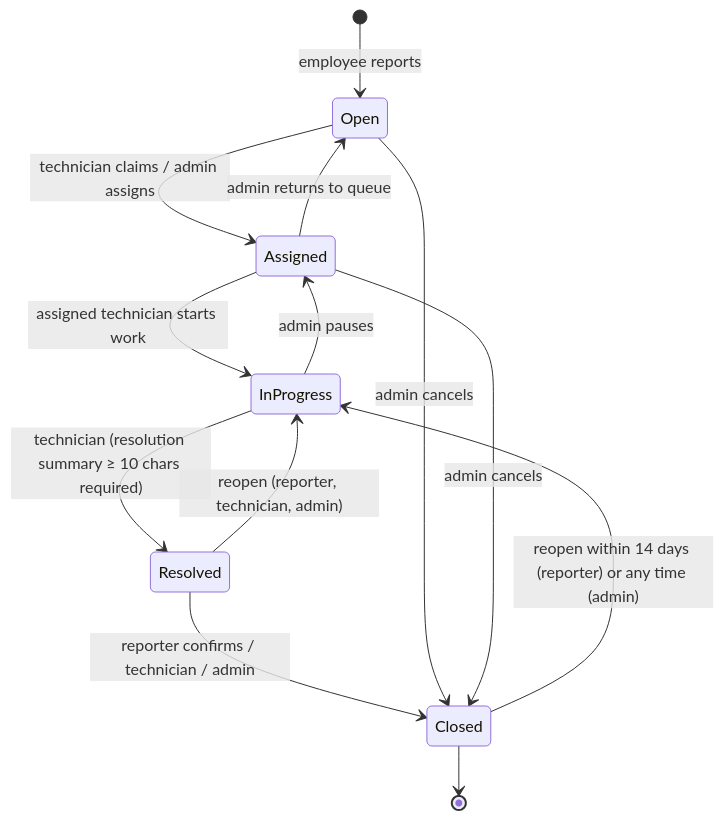
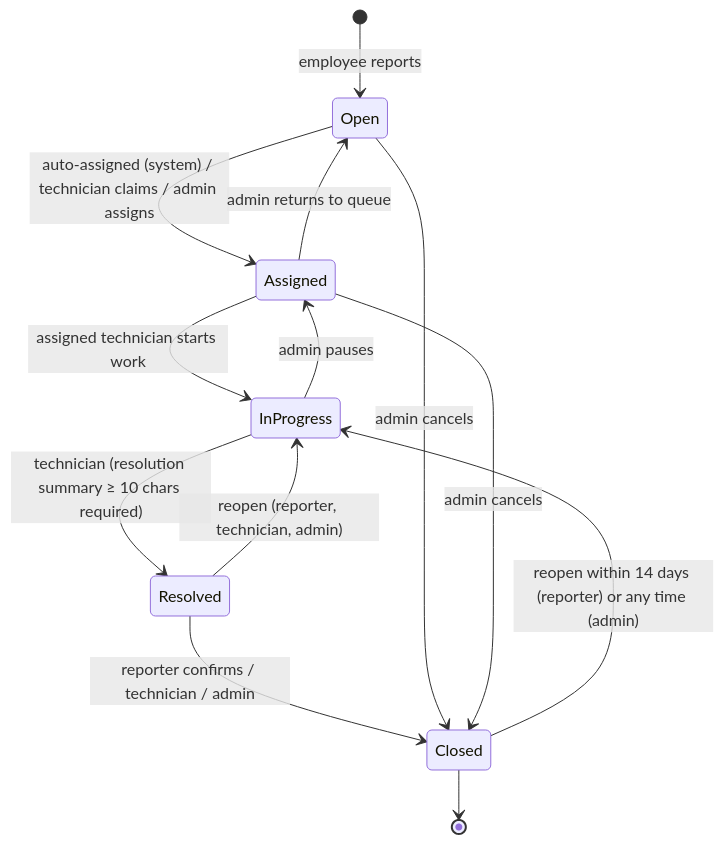
Before and after one commit to Gabriel2006galaxy/CloudOps-360: the fourth of 6 diagrams in docs/data_flow.md, drawn with Mermaid. The commit also changed other lines of this file and 7 other files, not shown here.

````diff
--- a/docs/data_flow.md
+++ b/docs/data_flow.md
@@ -89,15 +96,15 @@
 ```mermaid
 stateDiagram-v2
     [*] --> Open: employee reports
-    Open --> Assigned: technician claims / admin assigns
+    Open --> Assigned: auto-assigned (system) / technician claims / admin assigns
     Assigned --> InProgress: assigned technician starts work
     Assigned --> Open: admin returns to queue
     InProgress --> Resolved: technician (resolution summary ≥ 10 chars required)
     InProgress --> Assigned: admin pauses
     Resolved --> Closed: reporter confirms / technician / admin
     Resolved --> InProgress: reopen (reporter, technician, admin)
     Closed --> InProgress: reopen within 14 days (reporter) or any time (admin)
     Open --> Closed: admin cancels
     Assigned --> Closed: admin cancels
     Closed --> [*]
 ```
````
